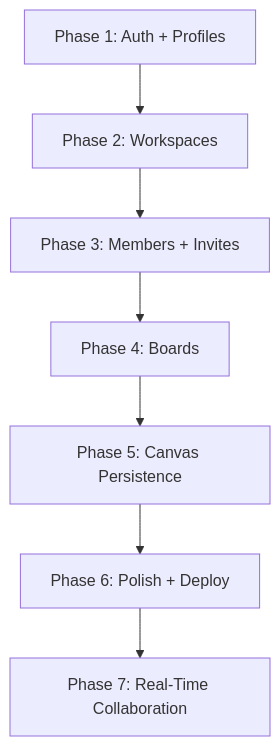
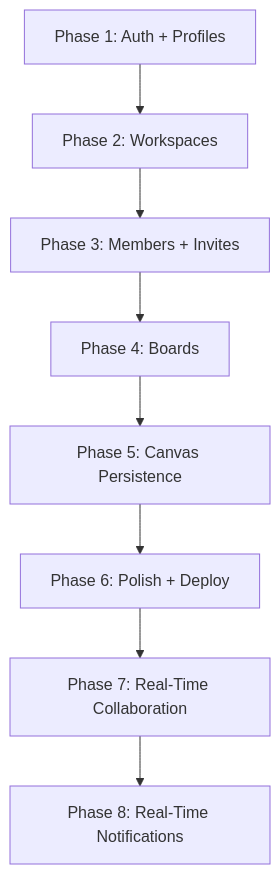
One commit to tushar-180/WhiteBoardSaaS2 changed the first of 2 diagrams in docs/PHASES.md. Above: the diagram before and after it, drawn with Mermaid. The commit also changed other lines of this file and 9 other files, not shown here.

````diff
--- a/docs/PHASES.md
+++ b/docs/PHASES.md
@@ -26,9 +26,10 @@
 ```mermaid
 graph TD
     P1[Phase 1: Auth + Profiles] --> P2[Phase 2: Workspaces]
     P2 --> P3[Phase 3: Members + Invites]
     P3 --> P4[Phase 4: Boards]
     P4 --> P5[Phase 5: Canvas Persistence]
     P5 --> P6[Phase 6: Polish + Deploy]
     P6 --> P7[Phase 7: Real-Time Collaboration]
+    P7 --> P8[Phase 8: Real-Time Notifications]
 ```
````
